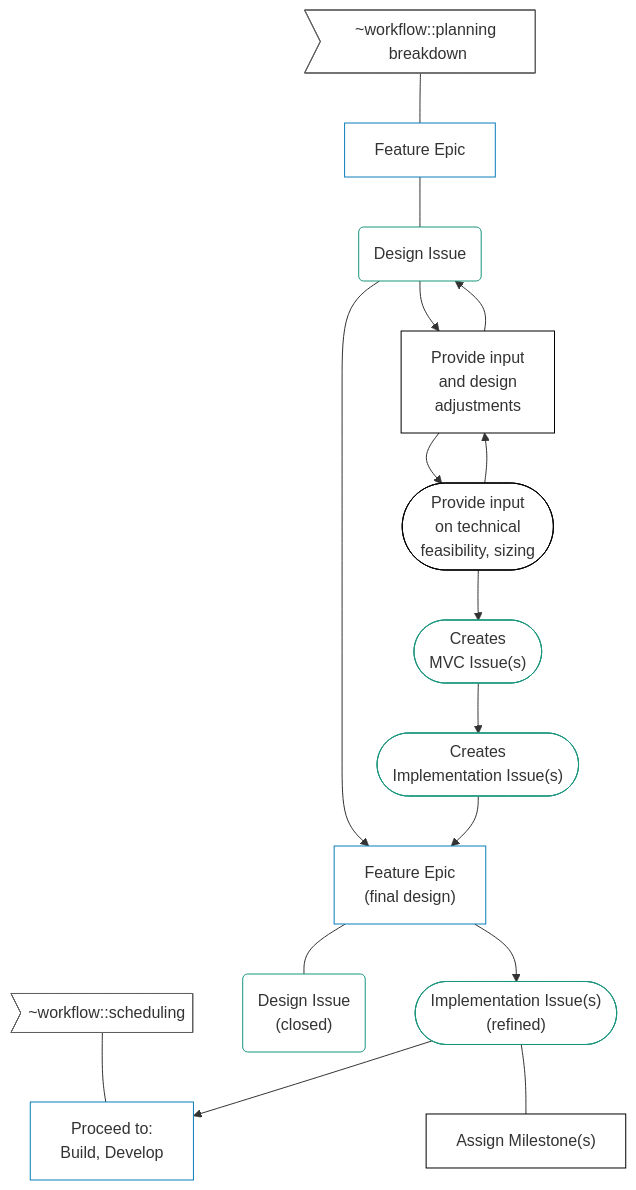
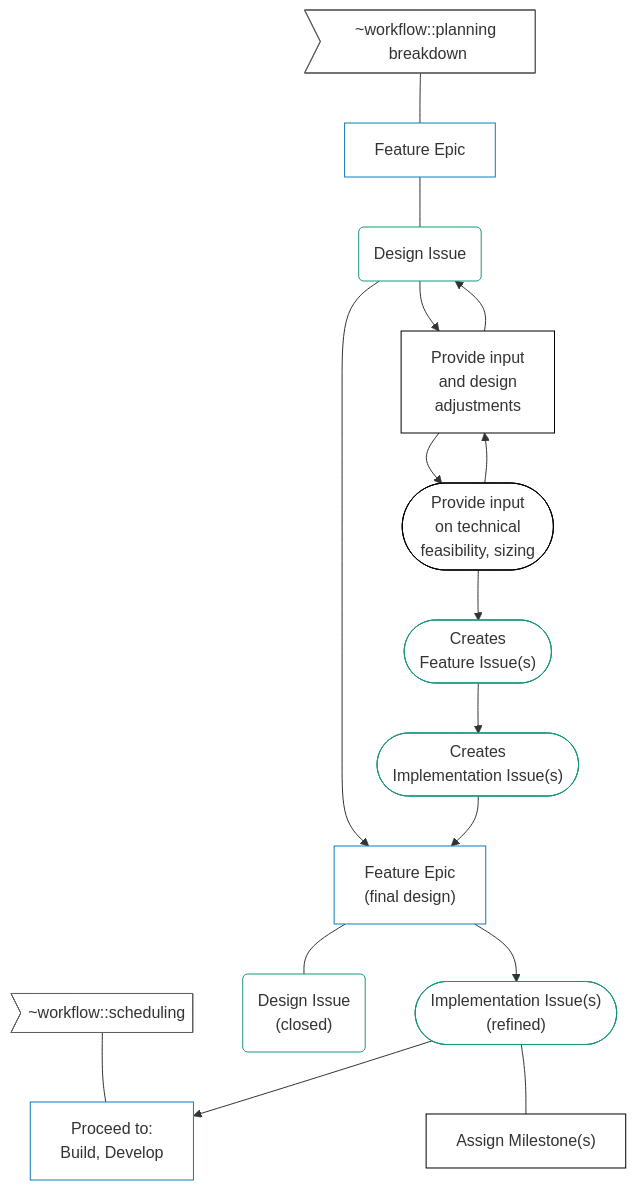
One commit to secretstartups/handbook changed the eighth of 11 diagrams in development/threat-management/planning/diagram.html.md. Above: the diagram before and after it, drawn with Mermaid.

Commit message:
Fix label from MVC to Feature

````diff
--- a/development/threat-management/planning/diagram.html.md
+++ b/development/threat-management/planning/diagram.html.md
@@ -199,39 +199,39 @@
 ```mermaid
 graph TD
 
   %% build p1
   L1>"~workflow::planning breakdown"]
   L2>"~workflow::scheduling"]
   A0[Feature Epic]
   A1(Design Issue)
   A2[Provide input<br>and design<br>adjustments]
   A3([Provide input<br>on technical<br>feasibility, sizing])
-  A4a(["Creates<br>MVC Issue(s)"])
+  A4a(["Creates<br>Feature Issue(s)"])
   A4(["Creates<br>Implementation Issue(s)"])
   A5["Feature Epic<br>(final design)"]
   A6("Design Issue<br>(closed)")
   A7(["Implementation Issue(s)<br>(refined)"])
   A8["Assign Milestone(s)"]
   A9[Proceed to:<br>Build, Develop]
   L1 --- A0
   L2 --- A9
   A0 --- A1
   A1 --> A5
   A1 --> A2 --> A1
   A2 --> A3 --> A2
   A3 --> A4a --> A4 --> A5 --- A6
   A5 --> A7 --> A9
   A7 --- A8
 
   classDef idea fill:#ffffff,stroke:#19957C;
   class A1,A4a,A4,A6,A7 idea
 
   classDef feature fill:#ffffff,stroke:#0C7CBA;
   class A0,A5,A9,A9b feature
 
   classDef plain fill:#ffffff,stroke:#000000;
   class A2,A3,A8,A10 plain
 
   classDef label fill:#ffffff,stroke:#606060;
   class L1,L2 label
 ```
````
